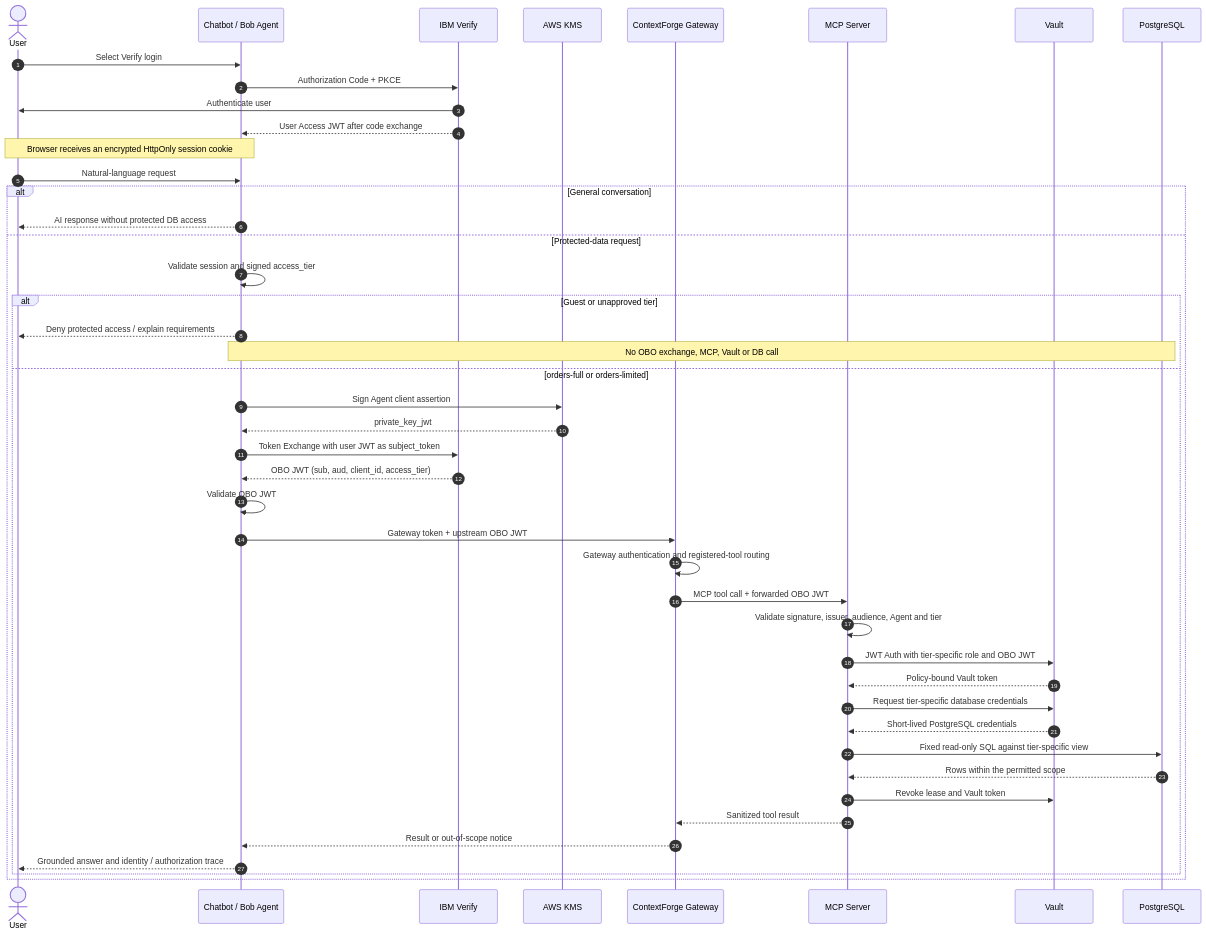
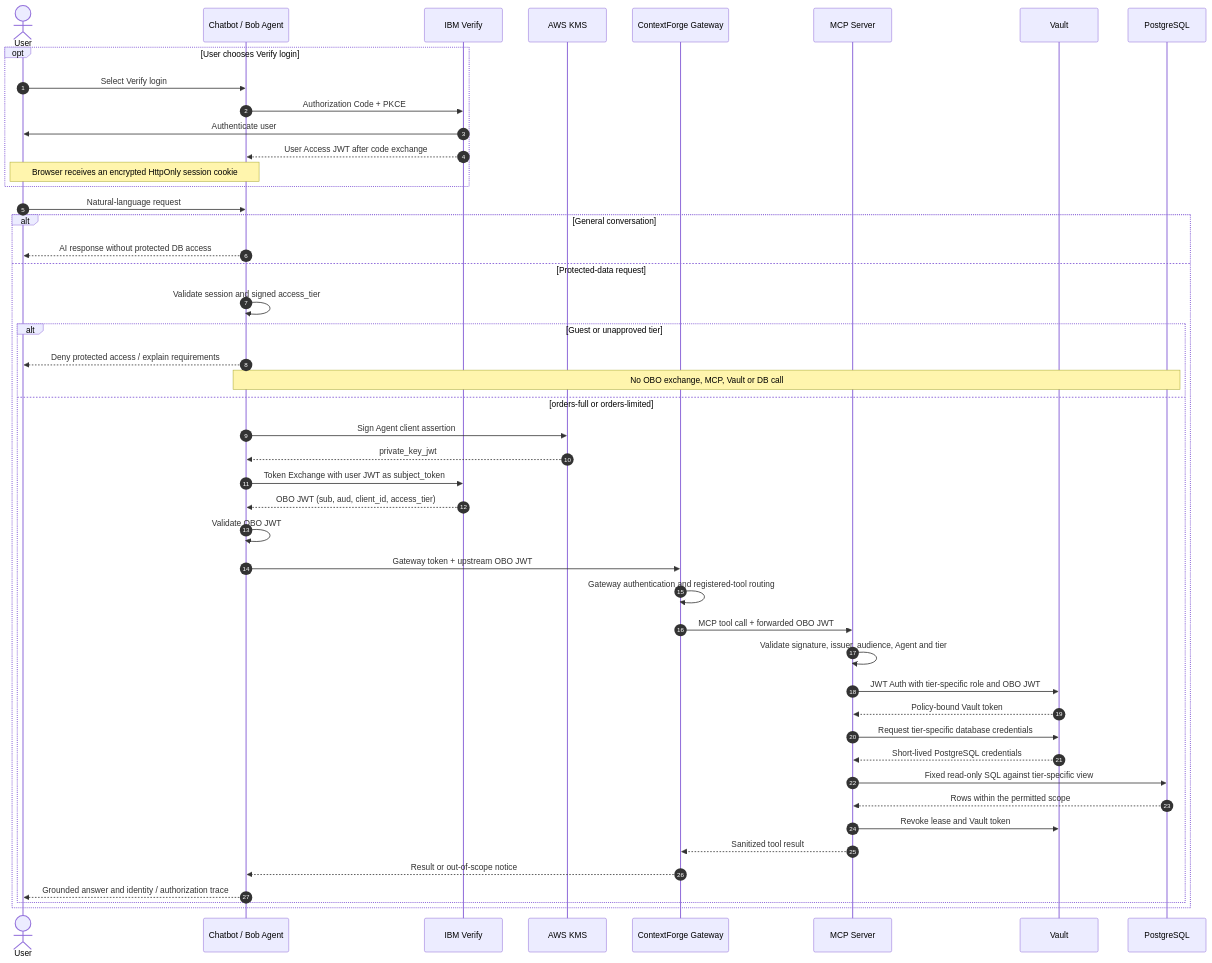
The diagram in README.en.md (Byeongwook-Heo/vault-agentic-ai-demo), drawn with Mermaid before and after one commit. The commit also changed 1 other file, not shown here.

Commit message:
문서: 로그인 전 일반 대화를 시퀀스에 명확히 표시

````diff
--- a/README.en.md
+++ b/README.en.md
@@ -40,47 +40,49 @@
 ```mermaid
 sequenceDiagram
     autonumber
     actor U as User
     participant B as Chatbot / Bob Agent
     participant V as IBM Verify
     participant K as AWS KMS
     participant G as ContextForge Gateway
     participant M as MCP Server
     participant H as Vault
     participant D as PostgreSQL
+    opt User chooses Verify login
     U->>B: Select Verify login
     B->>V: Authorization Code + PKCE
     V->>U: Authenticate user
     V-->>B: User Access JWT after code exchange
     Note over U,B: Browser receives an encrypted HttpOnly session cookie
+    end
     U->>B: Natural-language request
     alt General conversation
         B-->>U: AI response without protected DB access
     else Protected-data request
         B->>B: Validate session and signed access_tier
         alt Guest or unapproved tier
             B-->>U: Deny protected access / explain requirements
             Note over B,D: No OBO exchange, MCP, Vault or DB call
         else orders-full or orders-limited
             B->>K: Sign Agent client assertion
             K-->>B: private_key_jwt
             B->>V: Token Exchange with user JWT as subject_token
             V-->>B: OBO JWT (sub, aud, client_id, access_tier)
             B->>B: Validate OBO JWT
             B->>G: Gateway token + upstream OBO JWT
             G->>G: Gateway authentication and registered-tool routing
             G->>M: MCP tool call + forwarded OBO JWT
             M->>M: Validate signature, issuer, audience, Agent and tier
             M->>H: JWT Auth with tier-specific role and OBO JWT
             H-->>M: Policy-bound Vault token
             M->>H: Request tier-specific database credentials
             H-->>M: Short-lived PostgreSQL credentials
             M->>D: Fixed read-only SQL against tier-specific view
             D-->>M: Rows within the permitted scope
             M->>H: Revoke lease and Vault token
             M-->>G: Sanitized tool result
             G-->>B: Result or out-of-scope notice
             B-->>U: Grounded answer and identity / authorization trace
         end
     end
 ```
````
